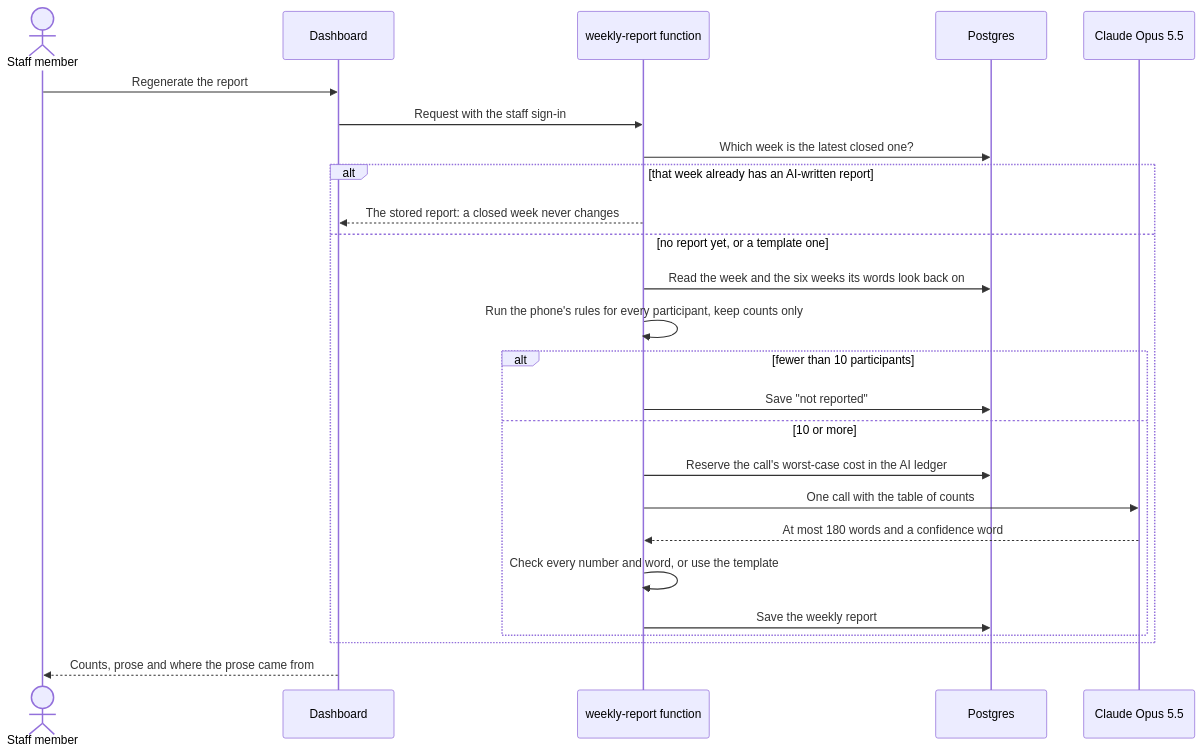
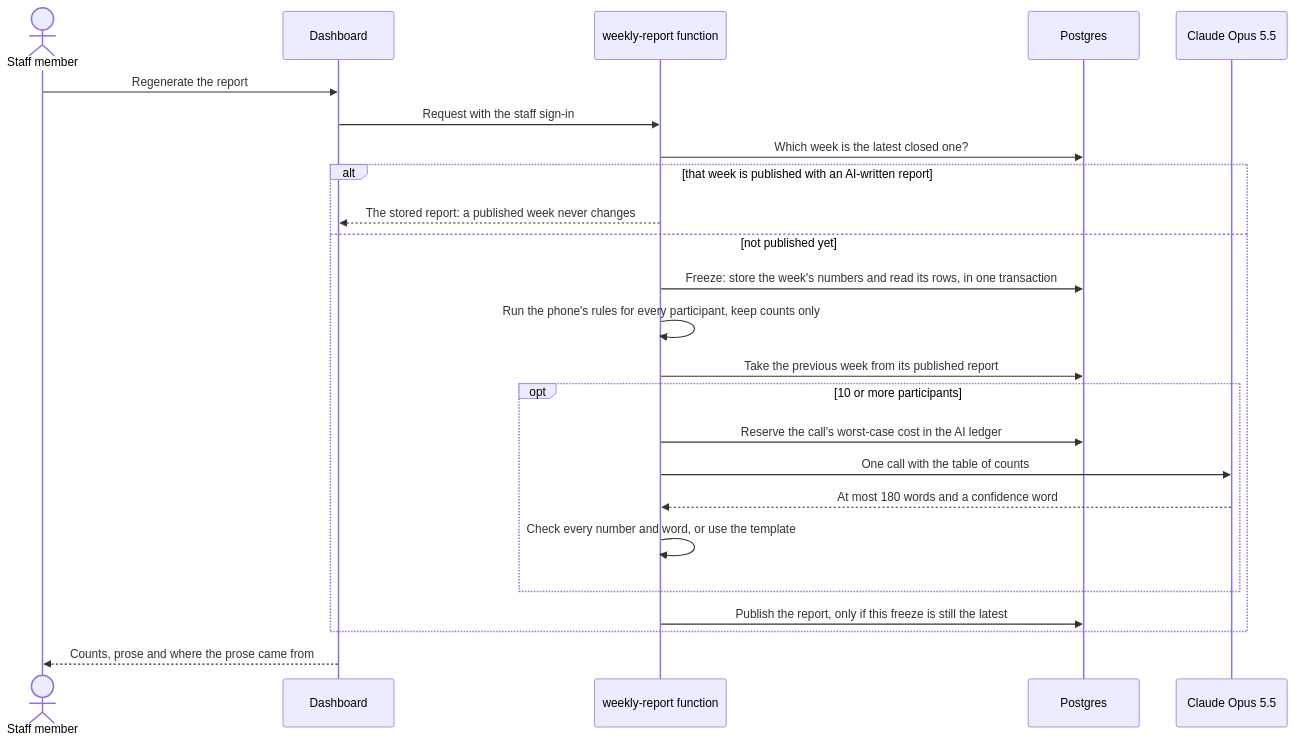
Before and after one commit to pluxconkr/essential-nourishingx: the fifth of 5 diagrams in README.md, drawn with Mermaid. The commit also changed other lines of this file and 13 other files, not shown here.

````diff
--- a/README.md
+++ b/README.md
@@ -175,27 +175,26 @@
 ```mermaid
 sequenceDiagram
   actor St as Staff member
   participant D as Dashboard
   participant WR as weekly-report function
   participant DB as Postgres
   participant O as Claude Opus 5.5
   St->>D: Regenerate the report
   D->>WR: Request with the staff sign-in
   WR->>DB: Which week is the latest closed one?
-  alt that week already has an AI-written report
-    WR-->>D: The stored report: a closed week never changes
-  else no report yet, or a template one
-    WR->>DB: Read the week and the six weeks its words look back on
+  alt that week is published with an AI-written report
+    WR-->>D: The stored report: a published week never changes
+  else not published yet
+    WR->>DB: Freeze: store the week's numbers and read its rows, in one transaction
     WR->>WR: Run the phone's rules for every participant, keep counts only
-    alt fewer than 10 participants
-      WR->>DB: Save "not reported"
-    else 10 or more
+    WR->>DB: Take the previous week from its published report
+    opt 10 or more participants
       WR->>DB: Reserve the call's worst-case cost in the AI ledger
       WR->>O: One call with the table of counts
       O-->>WR: At most 180 words and a confidence word
       WR->>WR: Check every number and word, or use the template
-      WR->>DB: Save the weekly report
     end
+    WR->>DB: Publish the report, only if this freeze is still the latest
   end
   D-->>St: Counts, prose and where the prose came from
 ```
````
